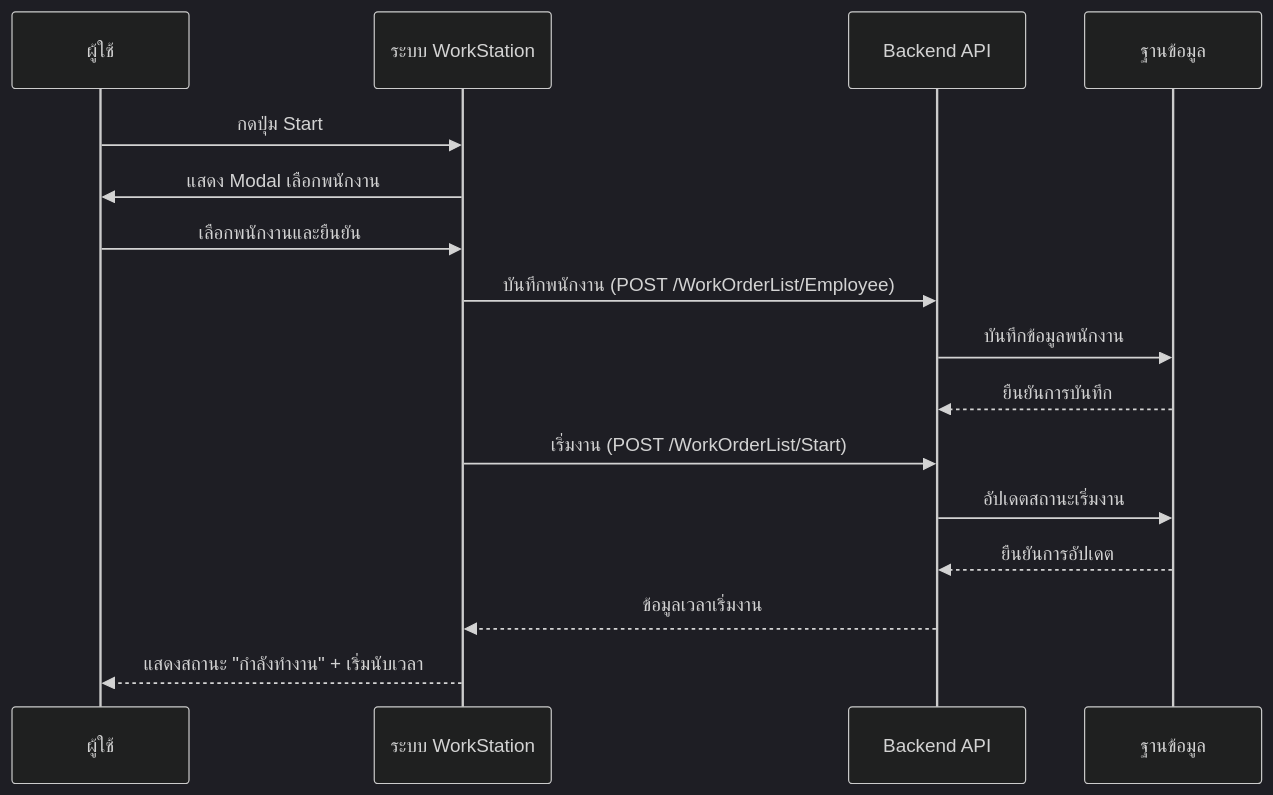
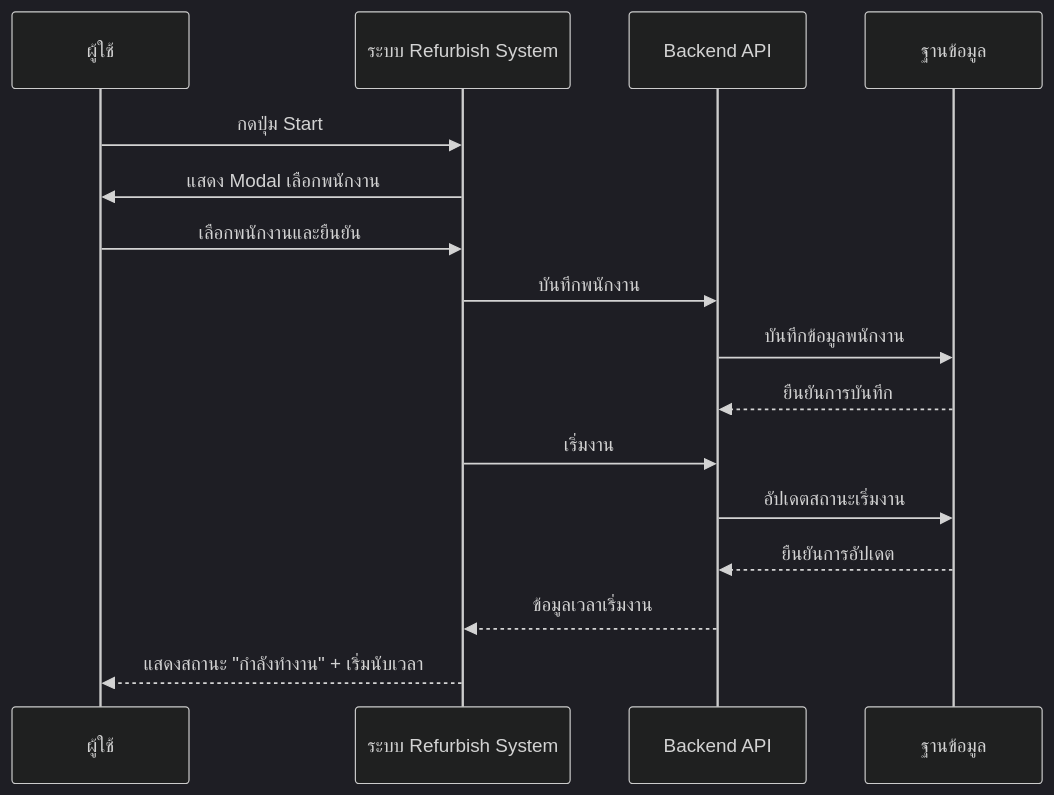
One commit to akkdach/pro-iot-mobile changed the second of 8 diagrams in docs/WorkStation_SequenceDiagram.md. Above: the diagram before and after it, drawn with Mermaid (dark theme). The commit also changed other lines of this file and 10 other files, not shown here.

````diff
--- a/docs/WorkStation_SequenceDiagram.md
+++ b/docs/WorkStation_SequenceDiagram.md
@@ -24,19 +24,19 @@
 ```mermaid
 sequenceDiagram
     participant U as ผู้ใช้
-    participant WS as ระบบ WorkStation
+    participant WS as ระบบ Refurbish System
     participant API as Backend API
     participant DB as ฐานข้อมูล
 
     U->>WS: กดปุ่ม Start
     WS->>U: แสดง Modal เลือกพนักงาน
     U->>WS: เลือกพนักงานและยืนยัน
-    WS->>API: บันทึกพนักงาน (POST /WorkOrderList/Employee)
+    WS->>API: บันทึกพนักงาน
     API->>DB: บันทึกข้อมูลพนักงาน
     DB-->>API: ยืนยันการบันทึก
-    WS->>API: เริ่มงาน (POST /WorkOrderList/Start)
+    WS->>API: เริ่มงาน
     API->>DB: อัปเดตสถานะเริ่มงาน
     DB-->>API: ยืนยันการอัปเดต
     API-->>WS: ข้อมูลเวลาเริ่มงาน
     WS-->>U: แสดงสถานะ "กำลังทำงาน" + เริ่มนับเวลา
 ```
````
